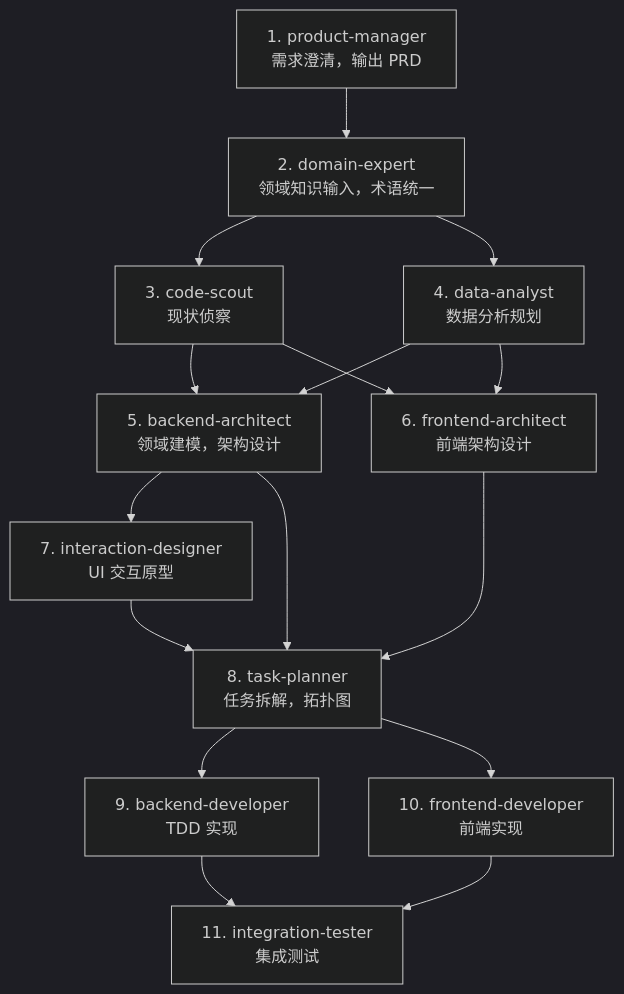
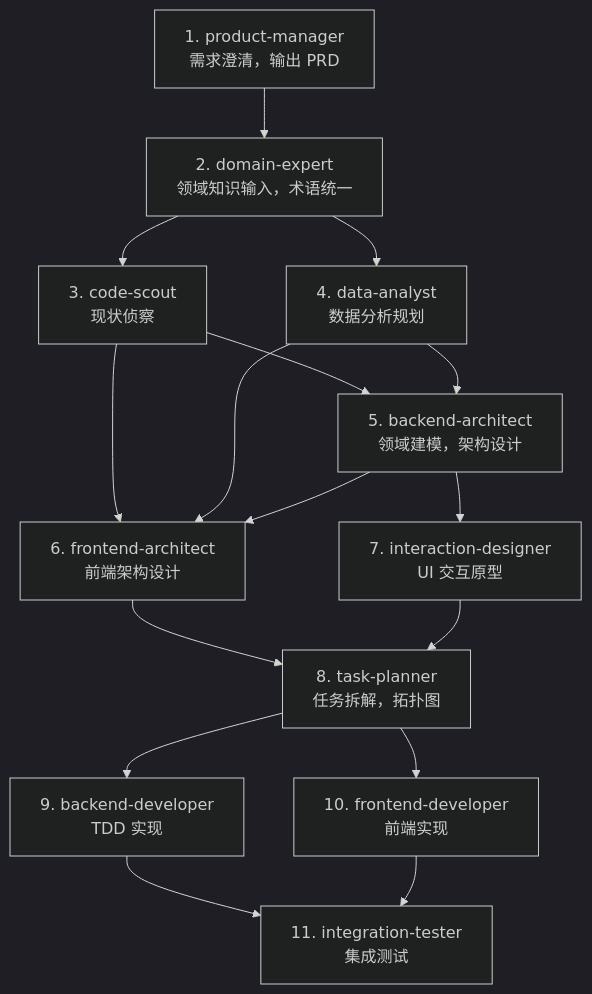
One commit to jackforest2014/baby_social_test changed the diagram in .claude/CLAUDE.md. Above: the diagram before and after it, drawn with Mermaid (dark theme). The commit also changed other lines of this file and 5 other files, not shown here.

````diff
--- a/.claude/CLAUDE.md
+++ b/.claude/CLAUDE.md
@@ -94,30 +94,30 @@
 ```mermaid
 graph TD
     PM["1. product-manager<br/>需求澄清，输出 PRD"]
     DE["2. domain-expert<br/>领域知识输入，术语统一"]
     CS["3. code-scout<br/>现状侦察"]
     DA["4. data-analyst<br/>数据分析规划"]
     BA["5. backend-architect<br/>领域建模，架构设计"]
     FA["6. frontend-architect<br/>前端架构设计"]
     ID["7. interaction-designer<br/>UI 交互原型"]
     TP["8. task-planner<br/>任务拆解，拓扑图"]
     BD["9. backend-developer<br/>TDD 实现"]
     FD["10. frontend-developer<br/>前端实现"]
     IT["11. integration-tester<br/>集成测试"]
 
     PM --> DE
     DE --> CS
     DE --> DA
     CS --> BA
     CS --> FA
     DA --> BA
     DA --> FA
+    BA --> FA
     BA --> ID
-    BA --> TP
     FA --> TP
     ID --> TP
     TP --> BD
     TP --> FD
     BD --> IT
     FD --> IT
 ```
````
